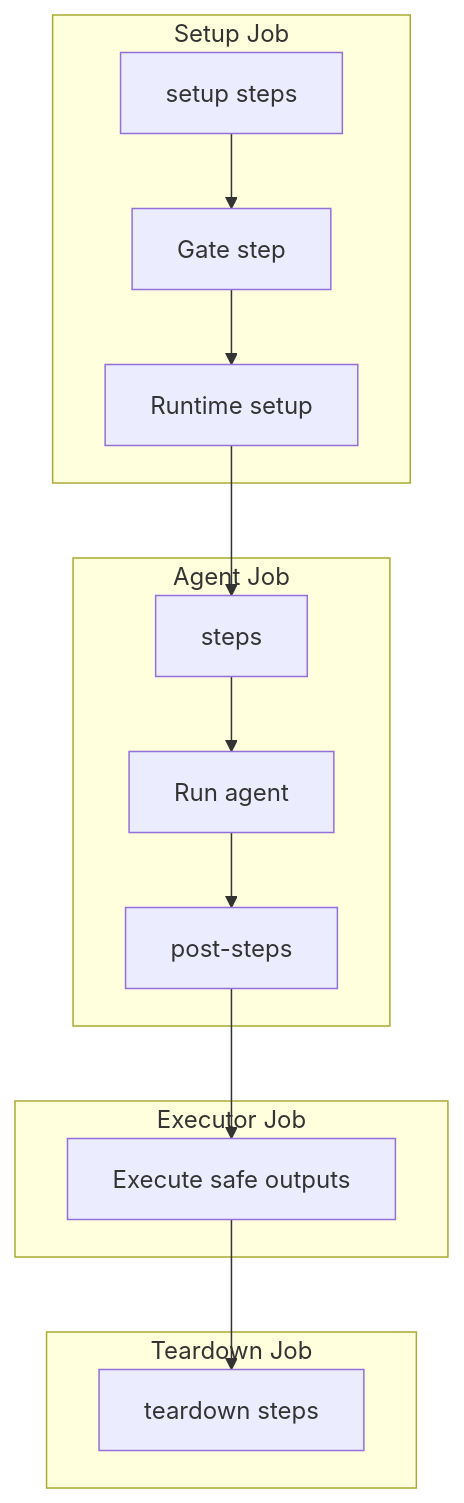
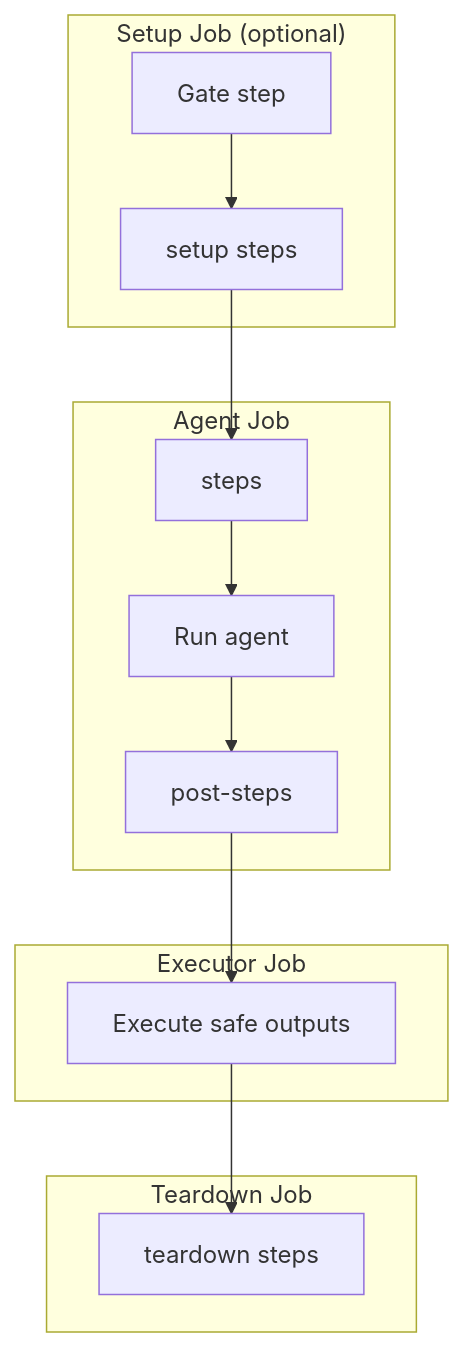
The diagram in site/src/content/docs/reference/front-matter.mdx (githubnext/ado-aw), drawn with Mermaid before and after one commit. The commit also changed other lines of this file, not shown here.

First line of the commit message:
docs(site): fix setup: step ordering and gate conditioning in custom-steps diagram

````diff
--- a/site/src/content/docs/reference/front-matter.mdx
+++ b/site/src/content/docs/reference/front-matter.mdx
@@ -251,20 +251,19 @@
 ```mermaid
 flowchart TB
-    subgraph SetupJob[Setup Job]
+    subgraph SetupJob["Setup Job (optional)"]
+        S2[Gate step]
         S1[setup steps]
-        S2[Gate step]
-        S3[Runtime setup]
     end
     subgraph AgentJob[Agent Job]
         A1[steps]
         A2[Run agent]
         A3[post-steps]
     end
     subgraph ExecutorJob[Executor Job]
         E1[Execute safe outputs]
     end
     subgraph TeardownJob[Teardown Job]
         T1[teardown steps]
     end
-    S1 --> S2 --> S3 --> A1 --> A2 --> A3 --> E1 --> T1
+    S2 --> S1 --> A1 --> A2 --> A3 --> E1 --> T1
 ```
````
